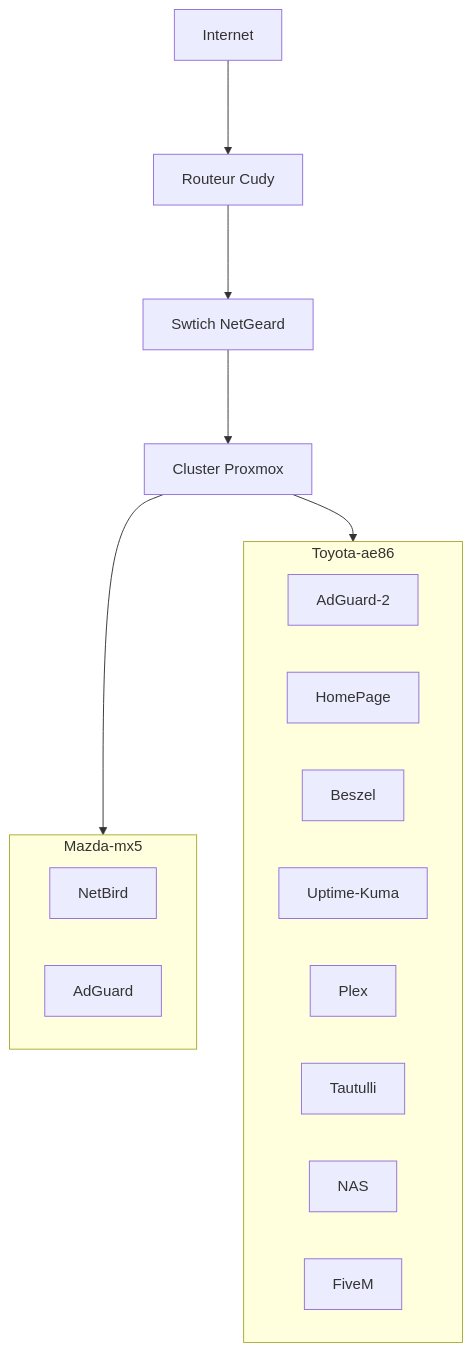
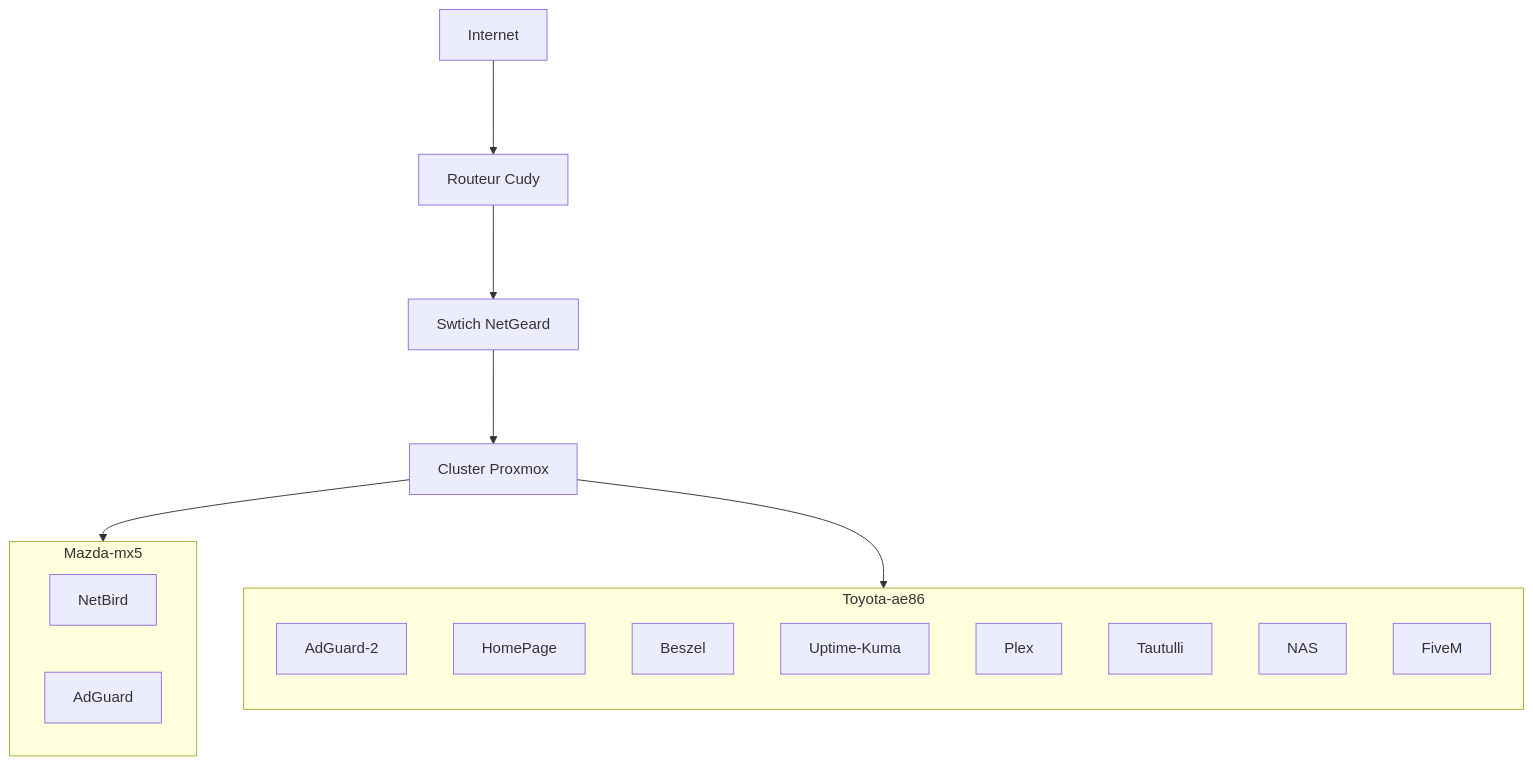
The diagram in README.md (snoyy-i/snoyy-i), drawn with Mermaid before and after one commit.

````diff
--- a/README.md
+++ b/README.md
@@ -2,29 +2,30 @@
 ```mermaid
 graph TD
      A[Internet]
      B[Routeur Cudy]
      C[Swtich NetGeard]
      D[Cluster Proxmox]
 
 subgraph Mazda-mx5
      G[NetBird]
      H[AdGuard]
 end
 
 subgraph Toyota-ae86
+     direction TB
      I[AdGuard-2]
      J[HomePage]
      K[Beszel]
      L[Uptime-Kuma]
      M[Plex]
      N[Tautulli]
      O[NAS]
      P[FiveM]
 end
 
      A--->B
      B--->C
      C--->D
      D --> Mazda-mx5
      D --> Toyota-ae86
 ```
````
